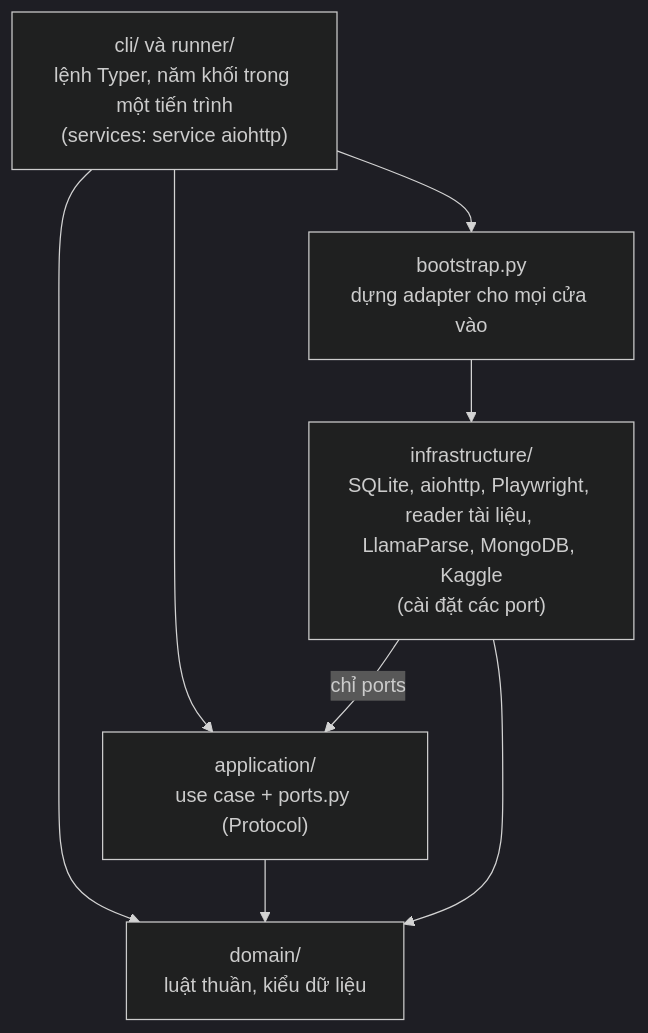
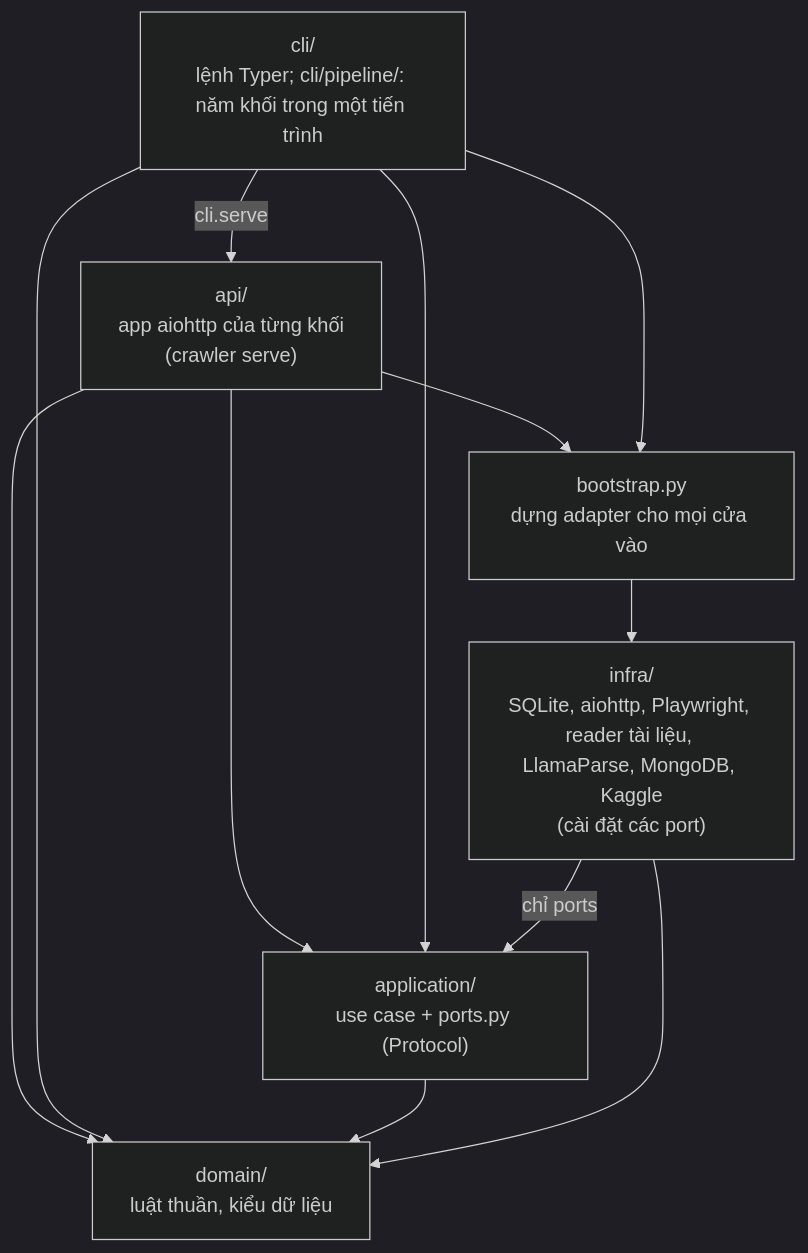
One commit to doanan293/WebCorpusPipeline changed the first of 4 diagrams in crawler/docs/architecture.md. Above: the diagram before and after it, drawn with Mermaid (dark theme). The commit also changed other lines of this file and 14 other files, not shown here.

First line of the commit message:
fix(api): let recrawl notices through in service mode

````diff
--- a/crawler/docs/architecture.md
+++ b/crawler/docs/architecture.md
@@ -104,16 +115,21 @@
 ```mermaid
 flowchart TB
-    PRES["cli/ và runner/<br/>lệnh Typer, năm khối trong một tiến trình<br/>(services: service aiohttp)"]
+    API["api/<br/>app aiohttp của từng khối<br/>(crawler serve)"]
+    CLI["cli/<br/>lệnh Typer; cli/pipeline/: năm khối trong một tiến trình"]
     BOOT["bootstrap.py<br/>dựng adapter cho mọi cửa vào"]
-    INFRA["infrastructure/<br/>SQLite, aiohttp, Playwright, reader tài liệu, LlamaParse, MongoDB, Kaggle<br/>(cài đặt các port)"]
+    INFRA["infra/<br/>SQLite, aiohttp, Playwright, reader tài liệu, LlamaParse, MongoDB, Kaggle<br/>(cài đặt các port)"]
     APP["application/<br/>use case + ports.py (Protocol)"]
     DOM["domain/<br/>luật thuần, kiểu dữ liệu"]
 
-    PRES --> BOOT
-    PRES --> APP
-    PRES --> DOM
+    CLI -->|"cli.serve"| API
+    API --> BOOT
+    CLI --> BOOT
+    API --> APP
+    CLI --> APP
+    API --> DOM
+    CLI --> DOM
     BOOT --> INFRA
     INFRA -->|"chỉ ports"| APP
     APP --> DOM
     INFRA --> DOM
 ```
````
